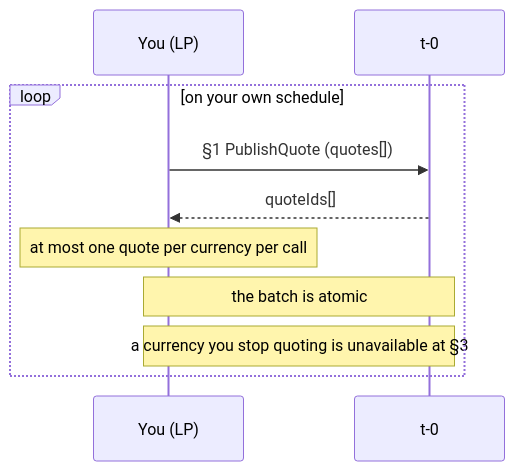
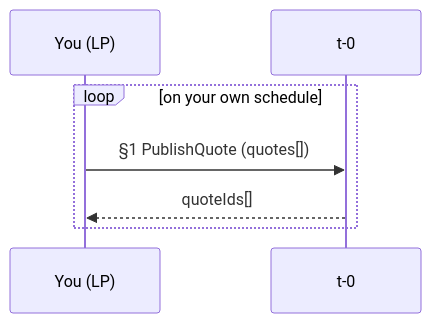
Before and after one commit to t-0-network/usdt-pay-docs: the first of 2 diagrams in content/docs/payments/liquidity-provider.md, drawn with Mermaid. The commit also changed other lines of this file and 2 other files, not shown here.

First line of the commit message:
docs: clean up diagrams after Codex review

````diff
--- a/content/docs/payments/liquidity-provider.md
+++ b/content/docs/payments/liquidity-provider.md
@@ -35,13 +35,10 @@
 ```mermaid
 sequenceDiagram
     participant LP as You (LP)
     participant T0 as t-0
 
     loop on your own schedule
         LP->>T0: §1 PublishQuote (quotes[])
         T0-->>LP: quoteIds[]
-        Note over LP: at most one quote per currency per call
-        Note over LP,T0: the batch is atomic
-        Note over LP,T0: a currency you stop quoting is unavailable at §3
     end
 ```
````
